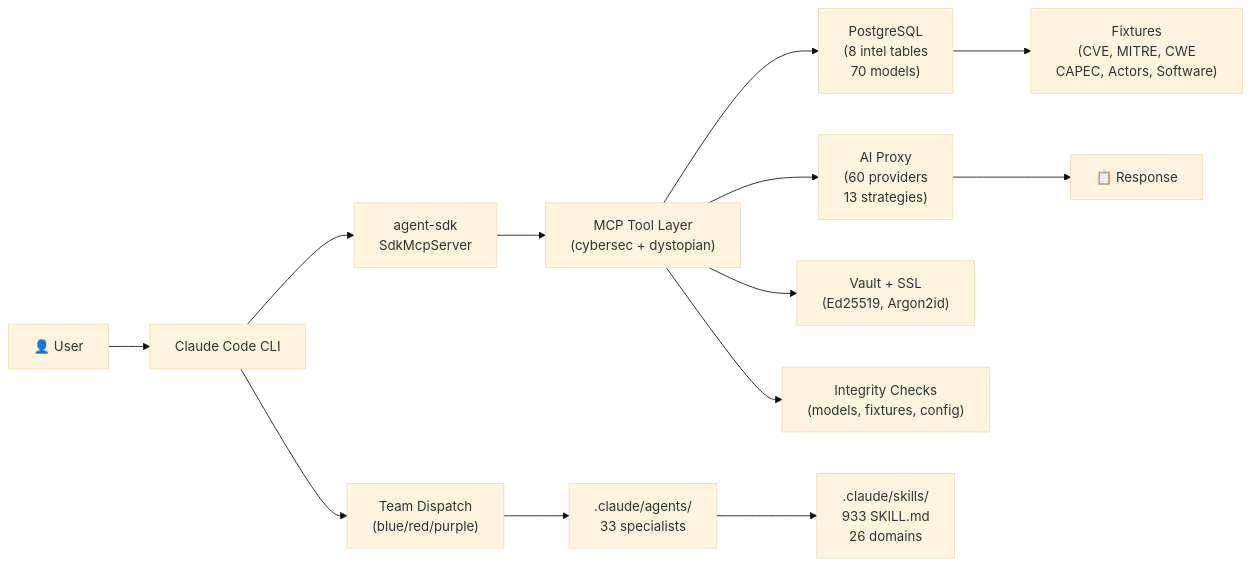
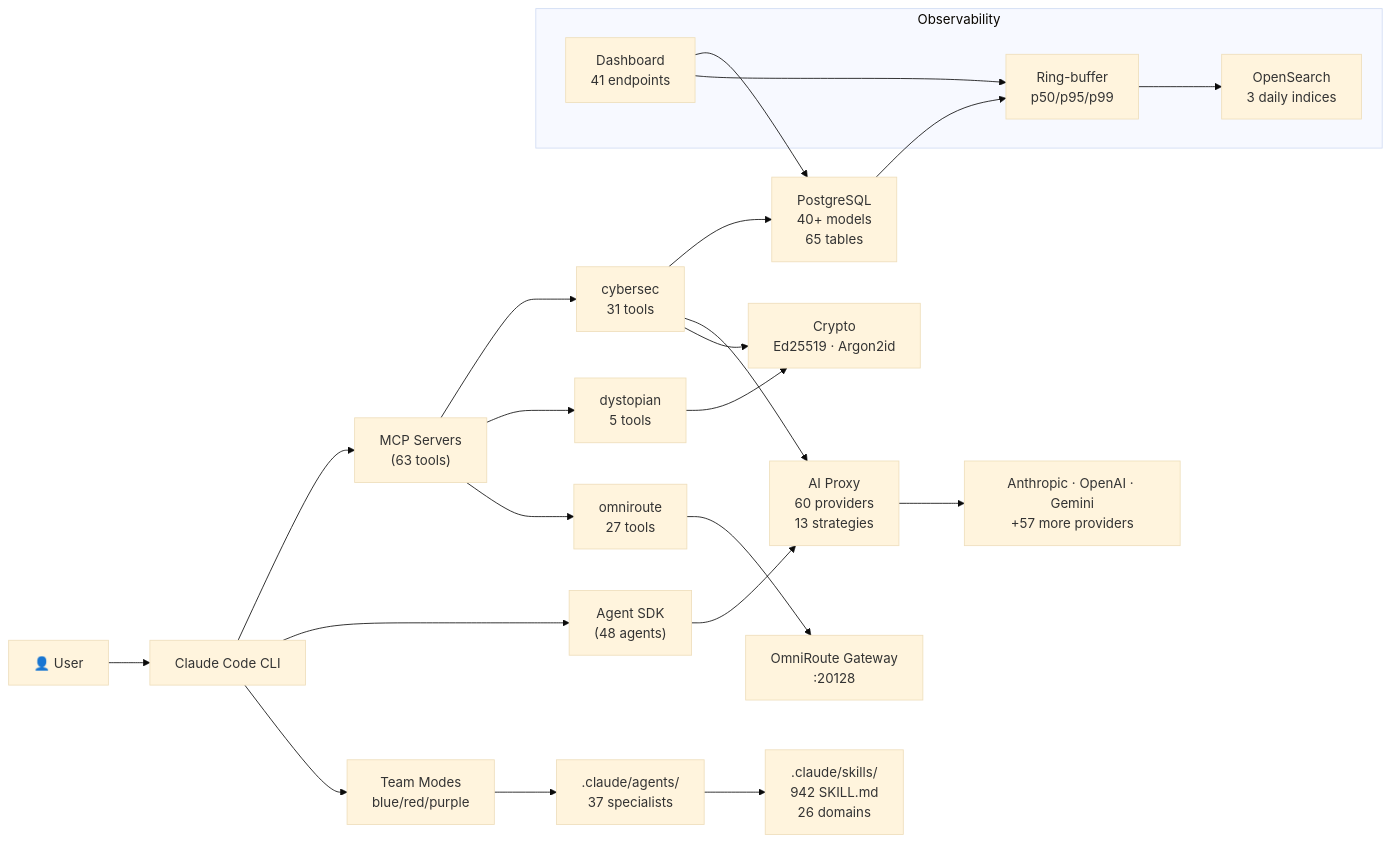
The first of 2 diagrams in docs/architecture.md (DCx7C5/cybersecsuite), drawn with Mermaid (base theme) before and after one commit. The commit also changed other lines of this file and 4 other files, not shown here.

First line of the commit message:
docs: full architecture audit — rewrite docs, add layer-integration and omniroute-mcp references

````diff
--- a/docs/architecture.md
+++ b/docs/architecture.md
@@ -247,15 +360,35 @@
 ```mermaid
 flowchart LR
     User["👤 User"] --> CLI["Claude Code CLI"]
-    CLI --> AgentSDK["agent-sdk\nSdkMcpServer"]
-    AgentSDK --> MCP["MCP Tool Layer\n(cybersec + dystopian)"]
-    MCP --> DB["PostgreSQL\n(8 intel tables\n70 models)"]
-    MCP --> AIProxy["AI Proxy\n(60 providers\n13 strategies)"]
-    MCP --> Crypto["Vault + SSL\n(Ed25519, Argon2id)"]
-    MCP --> Checks["Integrity Checks\n(models, fixtures, config)"]
-    DB --> Fixtures["Fixtures\n(CVE, MITRE, CWE\nCAPEC, Actors, Software)"]
-    AIProxy --> Response["📋 Response"]
-    CLI --> Teams["Team Dispatch\n(blue/red/purple)"]
-    Teams --> Agents[".claude/agents/\n33 specialists"]
-    Agents --> Skills[".claude/skills/\n933 SKILL.md\n26 domains"]
+    CLI --> MCP["MCP Servers\n(63 tools)"]
+    CLI --> AgentSDK["Agent SDK\n(48 agents)"]
+
+    MCP --> Cybersec["cybersec\n31 tools"]
+    MCP --> Dystopian["dystopian\n5 tools"]
+    MCP --> OmniRoute["omniroute\n27 tools"]
+
+    Cybersec --> DB["PostgreSQL\n40+ models\n65 tables"]
+    Cybersec --> AIProxy["AI Proxy\n60 providers\n13 strategies"]
+    Cybersec --> Crypto["Crypto\nEd25519 · Argon2id"]
+    Dystopian --> Crypto
+
+    AgentSDK --> AIProxy
+    AIProxy --> Providers["Anthropic · OpenAI · Gemini\n+57 more providers"]
+
+    OmniRoute --> Gateway["OmniRoute Gateway\n:20128"]
+
+    subgraph Observability
+        Telemetry["Ring-buffer\np50/p95/p99"]
+        OpenSearch["OpenSearch\n3 daily indices"]
+        Dashboard["Dashboard\n41 endpoints"]
+    end
+
+    DB --> Telemetry
+    Telemetry --> OpenSearch
+    Dashboard --> DB
+    Dashboard --> Telemetry
+
+    CLI --> Teams["Team Modes\nblue/red/purple"]
+    Teams --> Agents[".claude/agents/\n37 specialists"]
+    Agents --> Skills[".claude/skills/\n942 SKILL.md\n26 domains"]
 ```
````
